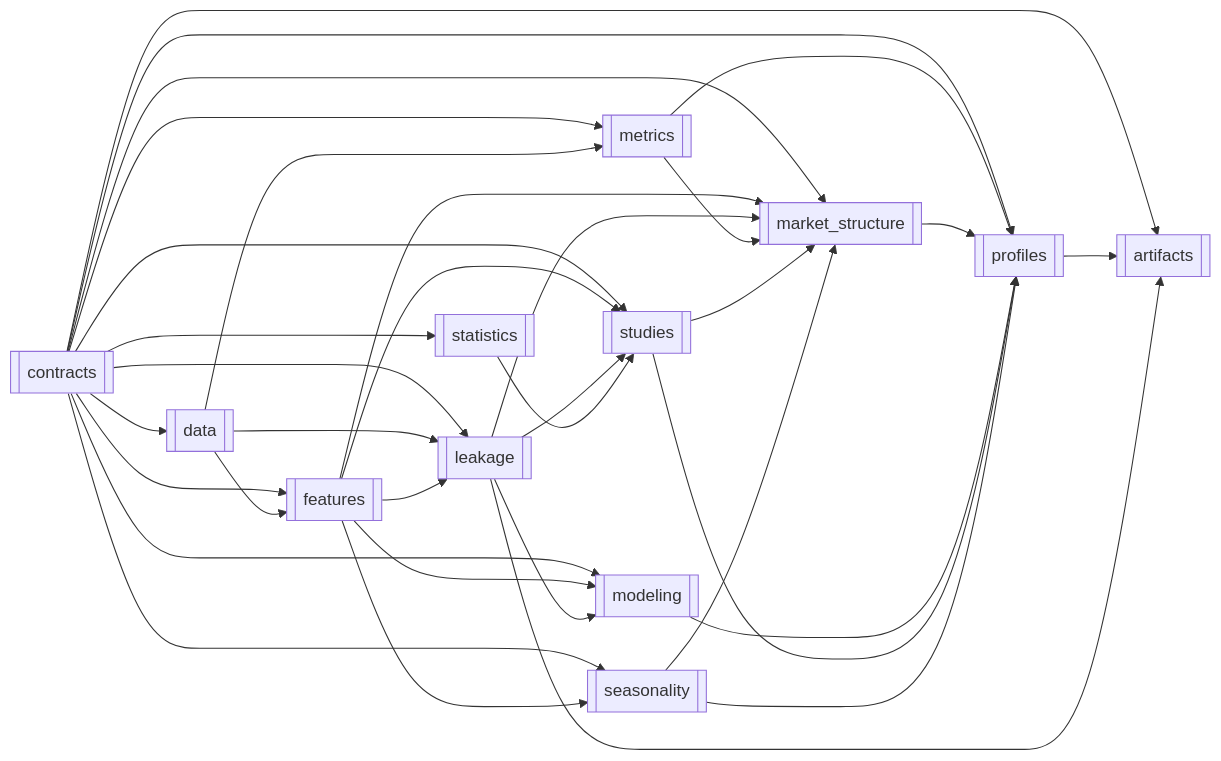
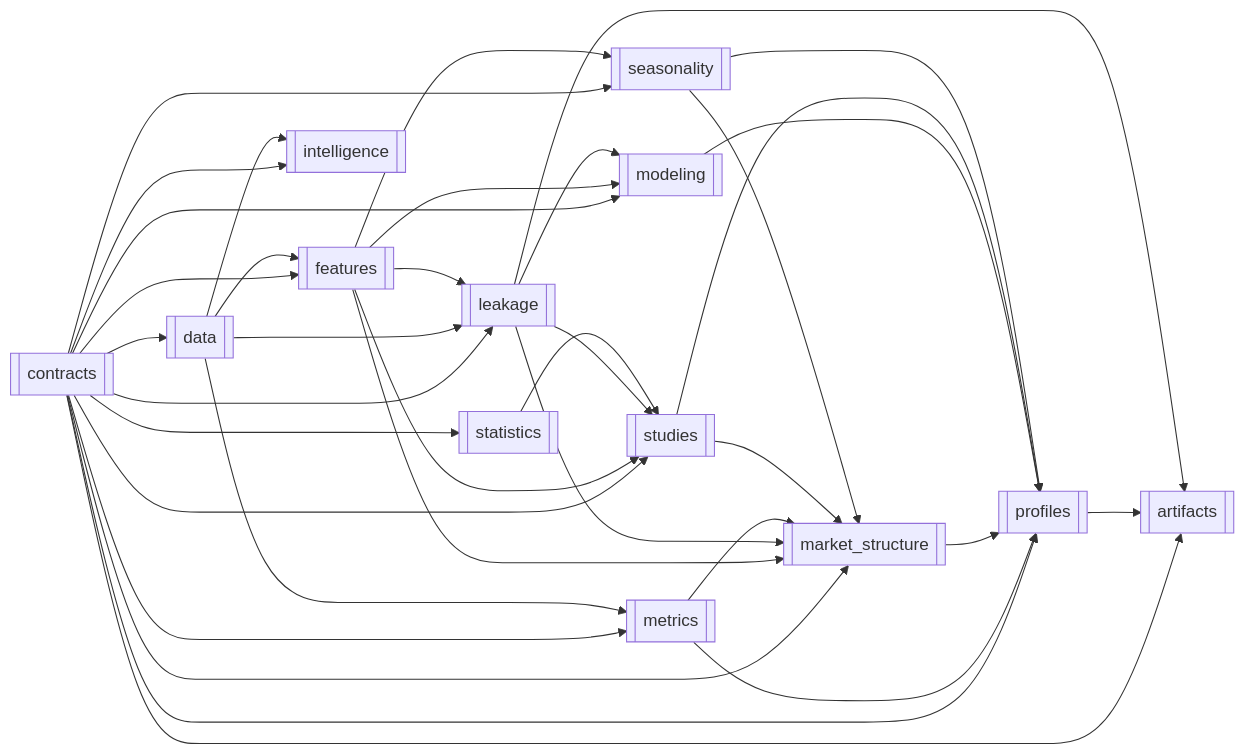
One commit to haruperi/HaruQuantAI changed the second of 3 diagrams in app/services/research/README.md. Above: the diagram before and after it, drawn with Mermaid. The commit also changed other lines of this file and 155 other files, not shown here.

````diff
--- a/app/services/research/README.md
+++ b/app/services/research/README.md
@@ -314,49 +322,52 @@
 ```mermaid
 flowchart LR
     CON[[contracts]]
     DAT[[data]]
     FEA[[features]]
     LEA[[leakage]]
     MET[[metrics]]
     STA[[statistics]]
     STU[[studies]]
     SEA[[seasonality]]
     MKS[[market_structure]]
     MOD[[modeling]]
     PRO[[profiles]]
     ART[[artifacts]]
+    INTEL[[intelligence]]
 
     CON --> DAT
     CON --> FEA
     CON --> LEA
     CON --> MET
     CON --> STA
     CON --> STU
     CON --> SEA
     CON --> MKS
     CON --> MOD
     CON --> PRO
     CON --> ART
+    CON --> INTEL
+    DAT --> INTEL
     DAT --> FEA
     DAT --> LEA
     DAT --> MET
     FEA --> LEA
     FEA --> STU
     FEA --> SEA
     FEA --> MKS
     FEA --> MOD
     LEA --> STU
     LEA --> MKS
     LEA --> MOD
     MET --> MKS
     MET --> PRO
     STA --> STU
     STU --> MKS
     SEA --> MKS
     MKS --> PRO
     MOD --> PRO
     STU --> PRO
     SEA --> PRO
     PRO --> ART
     LEA --> ART
 ```
````
